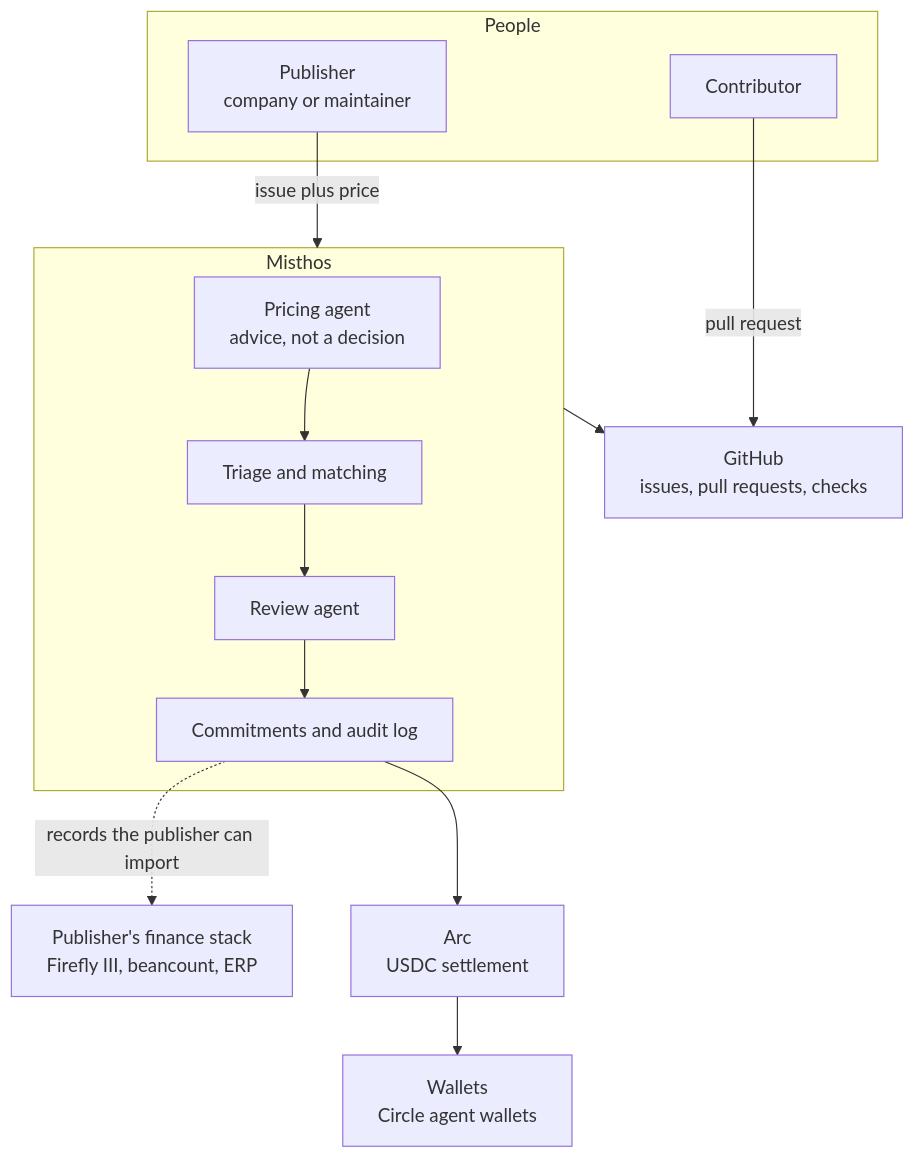
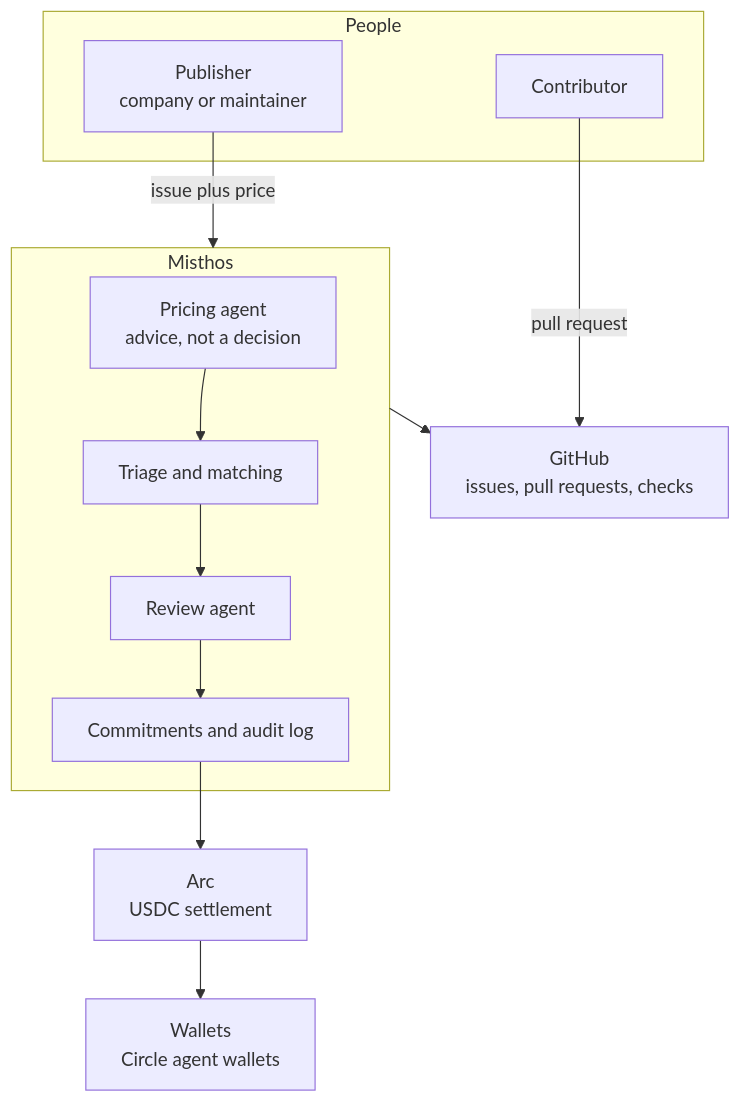
One commit to alienvisitor8675-bit/hackathon-circle-misthos changed the first of 5 diagrams in docs/misthos/05-how-it-works.md. Above: the diagram before and after it, drawn with Mermaid. The commit also changed other lines of this file and 71 other files, not shown here.

````diff
--- a/docs/misthos/05-how-it-works.md
+++ b/docs/misthos/05-how-it-works.md
@@ -20,29 +19,27 @@
 ```mermaid
 flowchart TB
     subgraph People["People"]
         PUB["Publisher<br/>company or maintainer"]
         CON["Contributor"]
     end
 
     subgraph Platform["Misthos"]
         PRICE["Pricing agent<br/>advice, not a decision"]
         TRIAGE["Triage and matching"]
         REVIEW["Review agent"]
         LEDGER["Commitments and audit log"]
     end
 
     GH["GitHub<br/>issues, pull requests, checks"]
-    FIN["Publisher's finance stack<br/>Firefly III, beancount, ERP"]
     ARC["Arc<br/>USDC settlement"]
     WALLET["Wallets<br/>Circle agent wallets"]
 
     PUB -->|"issue plus price"| Platform
     CON -->|"pull request"| GH
     Platform --> GH
     PRICE --> TRIAGE
     TRIAGE --> REVIEW
     REVIEW --> LEDGER
     LEDGER --> ARC
-    LEDGER -.->|"records the publisher can import"| FIN
     ARC --> WALLET
 ```
````
